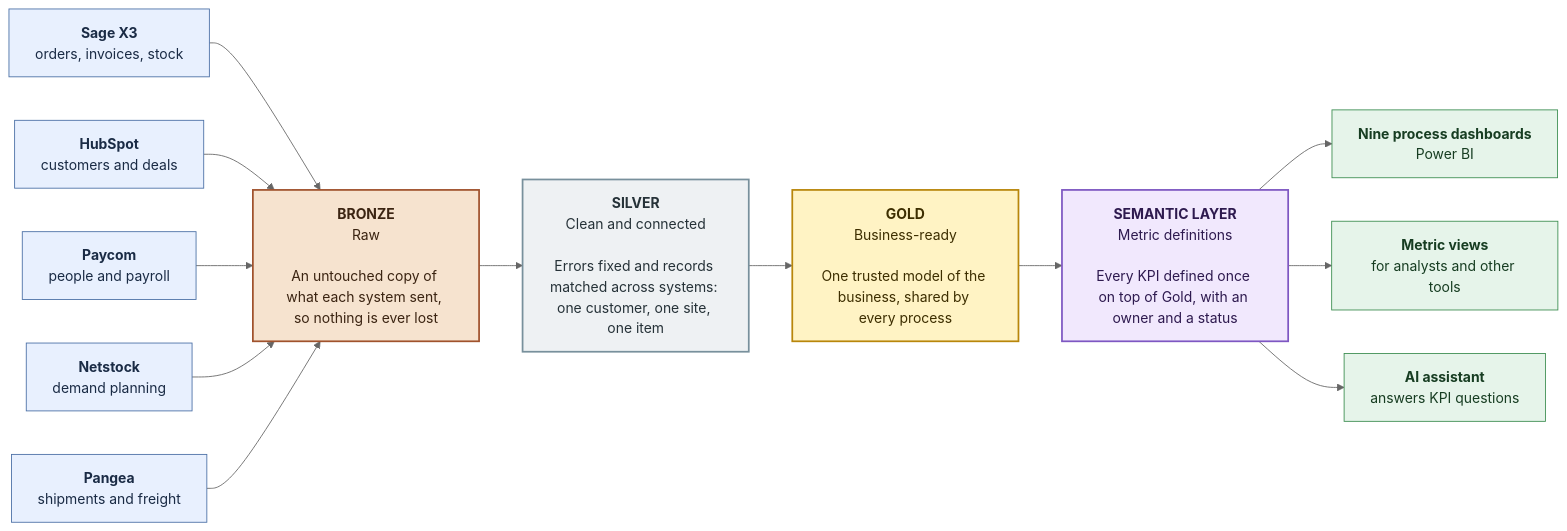
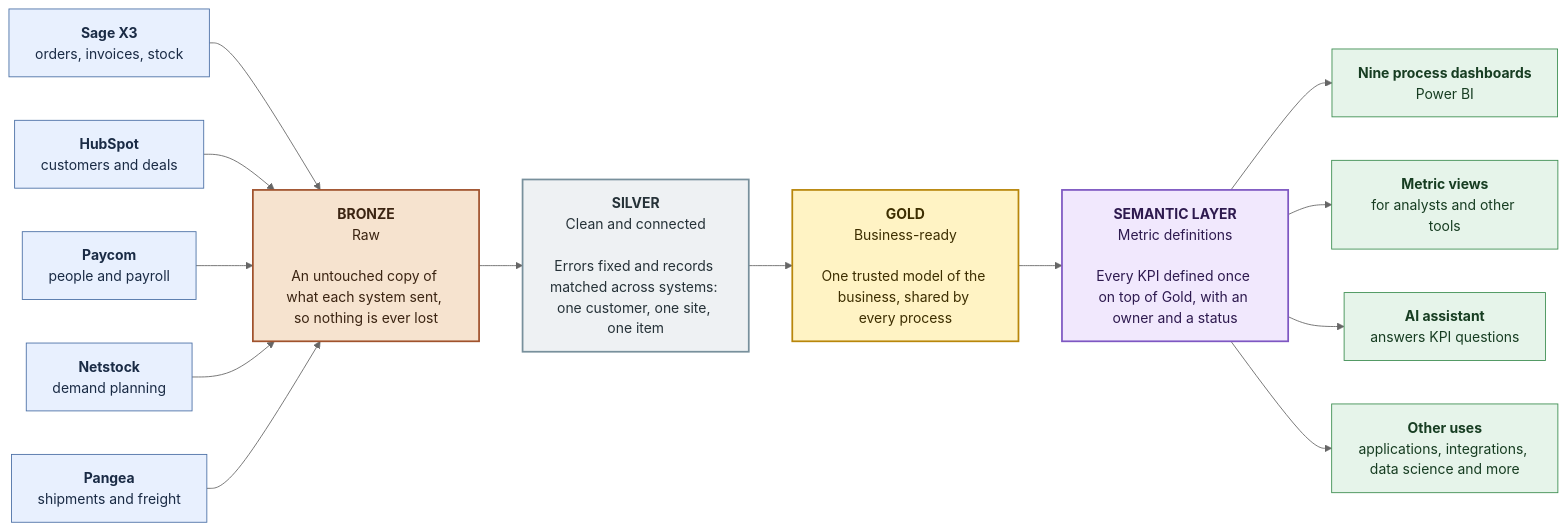
The first of 2 diagrams in docs/architecture.md (patrickmhaney/bgr_control_tower), drawn with Mermaid (neutral theme) before and after one commit. The commit also changed other lines of this file, not shown here.

First line of the commit message:
Show other uses of the shared data in the architecture overviews

````diff
--- a/docs/architecture.md
+++ b/docs/architecture.md
@@ -5,34 +5,35 @@
 ```mermaid
 flowchart LR
     x3["<b>Sage X3</b><br/>orders, invoices, stock"]
     hs["<b>HubSpot</b><br/>customers and deals"]
     pc["<b>Paycom</b><br/>people and payroll"]
     ns["<b>Netstock</b><br/>demand planning"]
     pg["<b>Pangea</b><br/>shipments and freight"]
 
     bronze["<b>BRONZE</b><br/>Raw<br/><br/>An untouched copy of what each system sent, so nothing is ever lost"]
     silver["<b>SILVER</b><br/>Clean and connected<br/><br/>Errors fixed and records matched across systems: one customer, one site, one item"]
     gold["<b>GOLD</b><br/>Business-ready<br/><br/>One trusted model of the business, shared by every process"]
     sem["<b>SEMANTIC LAYER</b><br/>Metric definitions<br/><br/>Every KPI defined once on top of Gold, with an owner and a status"]
 
     dash["<b>Nine process dashboards</b><br/>Power BI"]
     views["<b>Metric views</b><br/>for analysts and other tools"]
     ai["<b>AI assistant</b><br/>answers KPI questions"]
+    more["<b>Other uses</b><br/>applications, integrations, data science and more"]
 
     x3 & hs & pc & ns & pg --> bronze --> silver --> gold --> sem
-    sem --> dash & views & ai
+    sem --> dash & views & ai & more
 
     classDef src fill:#e8f0fe,stroke:#4a6fa5,color:#1a2b45
     classDef bronze fill:#f6e3cf,stroke:#a0522d,stroke-width:2px,color:#3b2412
     classDef silver fill:#eef1f3,stroke:#78909c,stroke-width:2px,color:#263238
     classDef gold fill:#fff3c4,stroke:#b8860b,stroke-width:2px,color:#3d2e00
     classDef sem fill:#f1e8fd,stroke:#7e57c2,stroke-width:2px,color:#2e1a4f
     classDef use fill:#e6f4ea,stroke:#3c8d50,color:#173d22
 
     class x3,hs,pc,ns,pg src
     class bronze bronze
     class silver silver
     class gold gold
     class sem sem
-    class dash,views,ai use
+    class dash,views,ai,more use
 ```
````
